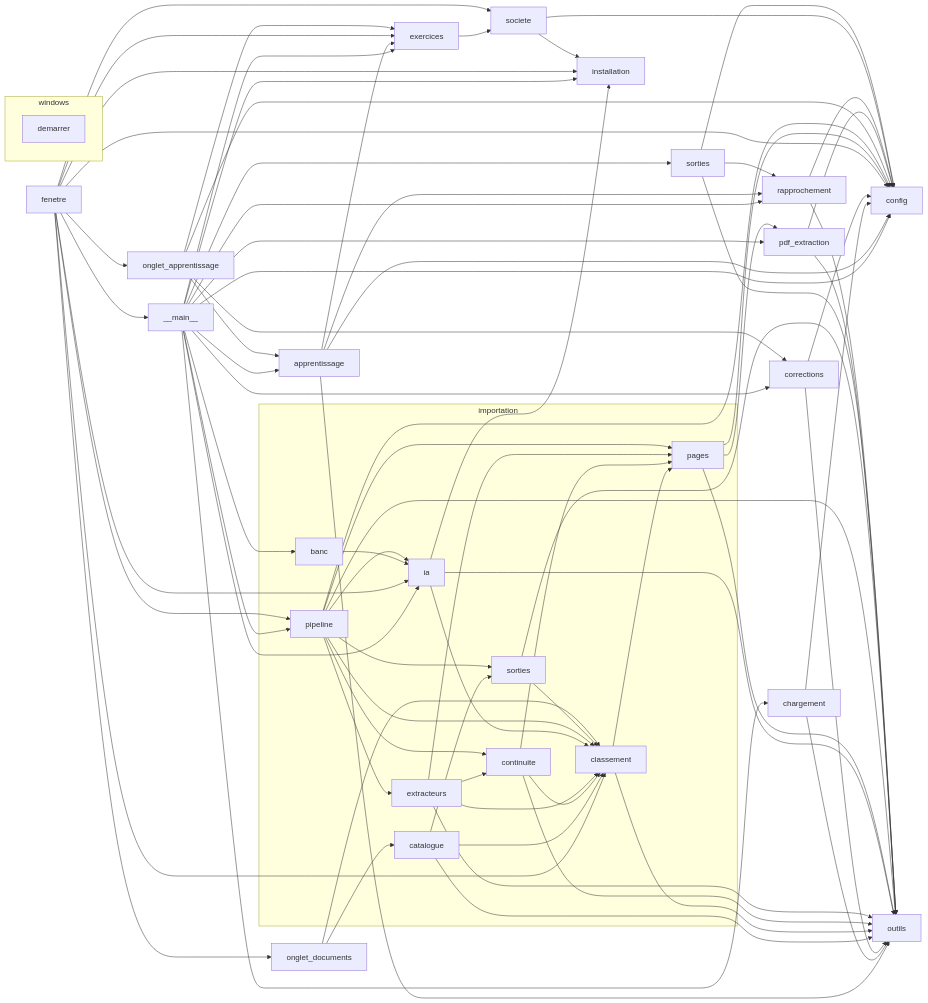
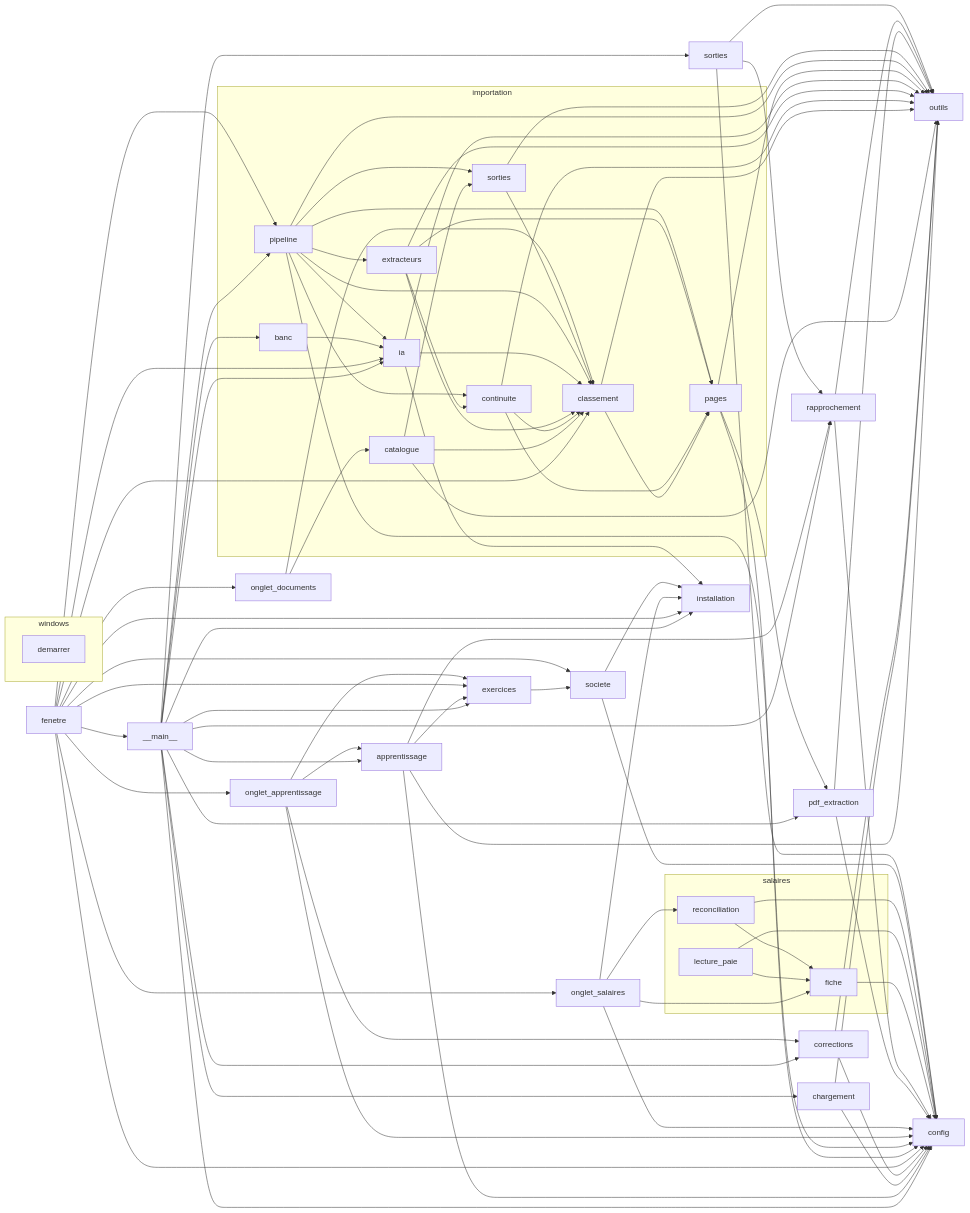
One commit to vsantacroce/Reconsigliere changed the diagram in docs/carte.md. Above: the diagram before and after it, drawn with Mermaid. The commit also changed other lines of this file and 17 other files, not shown here.

First line of the commit message:
Salaires : onglet dans la fenêtre, commande, documentation vivante, version 0.9.0

```diff
--- a/docs/carte.md
+++ b/docs/carte.md
@@ -16,6 +16,7 @@
   m_installation["installation"]
   m_onglet_apprentissage["onglet_apprentissage"]
   m_onglet_documents["onglet_documents"]
+  m_onglet_salaires["onglet_salaires"]
   m_outils["outils"]
   m_pdf_extraction["pdf_extraction"]
   m_rapprochement["rapprochement"]
@@ -31,6 +32,11 @@
   m_importation__pages["pages"]
   m_importation__pipeline["pipeline"]
   m_importation__sorties["sorties"]
+  end
+  subgraph salaires
+  m_salaires__fiche["fiche"]
+  m_salaires__lecture_paie["lecture_paie"]
+  m_salaires__reconciliation["reconciliation"]
   end
   subgraph windows
   m_windows__demarrer["demarrer"]
@@ -65,6 +71,7 @@
   m_fenetre --> m_installation
   m_fenetre --> m_onglet_apprentissage
   m_fenetre --> m_onglet_documents
+  m_fenetre --> m_onglet_salaires
   m_fenetre --> m_societe
   m_importation__banc --> m_importation__ia
   m_importation__catalogue --> m_importation__classement
@@ -101,10 +108,19 @@
   m_onglet_apprentissage --> m_exercices
   m_onglet_documents --> m_importation__catalogue
   m_onglet_documents --> m_importation__classement
+  m_onglet_salaires --> m_config
+  m_onglet_salaires --> m_installation
+  m_onglet_salaires --> m_salaires__fiche
+  m_onglet_salaires --> m_salaires__reconciliation
   m_pdf_extraction --> m_config
   m_pdf_extraction --> m_outils
   m_rapprochement --> m_config
   m_rapprochement --> m_outils
+  m_salaires__fiche --> m_config
+  m_salaires__lecture_paie --> m_config
+  m_salaires__lecture_paie --> m_salaires__fiche
+  m_salaires__reconciliation --> m_config
+  m_salaires__reconciliation --> m_salaires__fiche
   m_societe --> m_config
   m_societe --> m_installation
   m_sorties --> m_config
```
